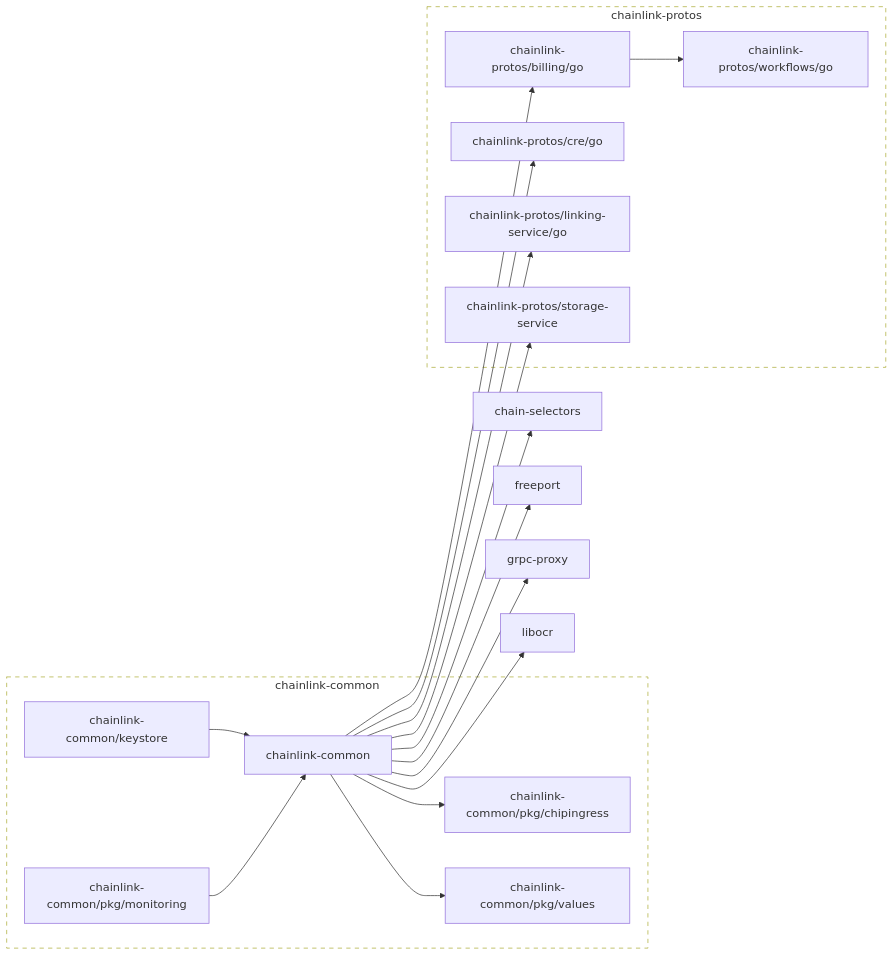
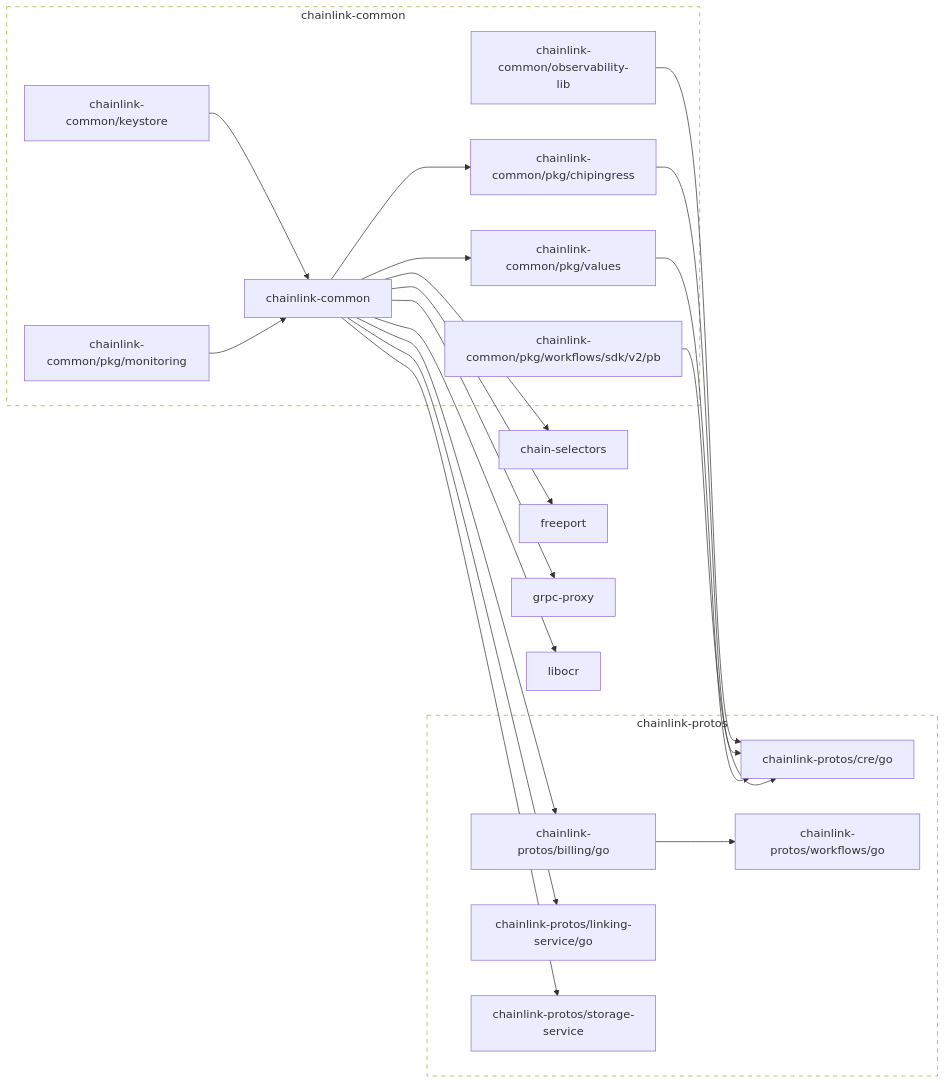
The diagram in go.md (smartcontractkit/chainlink-common), drawn with Mermaid before and after one commit. The commit also changed 13 other files, not shown here.

````diff
--- a/go.md
+++ b/go.md
@@ -2,62 +2,67 @@
 ```mermaid
 flowchart LR
 
 	chain-selectors
 	click chain-selectors href "https://github.com/smartcontractkit/chain-selectors"
 	chainlink-common --> chain-selectors
 	chainlink-common --> chainlink-common/pkg/chipingress
 	chainlink-common --> chainlink-common/pkg/values
 	chainlink-common --> chainlink-protos/billing/go
-	chainlink-common --> chainlink-protos/cre/go
 	chainlink-common --> chainlink-protos/linking-service/go
 	chainlink-common --> chainlink-protos/storage-service
 	chainlink-common --> freeport
 	chainlink-common --> grpc-proxy
 	chainlink-common --> libocr
 	click chainlink-common href "https://github.com/smartcontractkit/chainlink-common"
 	chainlink-common/keystore --> chainlink-common
 	click chainlink-common/keystore href "https://github.com/smartcontractkit/chainlink-common"
-	chainlink-common/pkg/chipingress
+	chainlink-common/observability-lib --> chainlink-protos/cre/go
+	click chainlink-common/observability-lib href "https://github.com/smartcontractkit/chainlink-common"
+	chainlink-common/pkg/chipingress --> chainlink-protos/cre/go
 	click chainlink-common/pkg/chipingress href "https://github.com/smartcontractkit/chainlink-common"
 	chainlink-common/pkg/monitoring --> chainlink-common
 	click chainlink-common/pkg/monitoring href "https://github.com/smartcontractkit/chainlink-common"
-	chainlink-common/pkg/values
+	chainlink-common/pkg/values --> chainlink-protos/cre/go
 	click chainlink-common/pkg/values href "https://github.com/smartcontractkit/chainlink-common"
+	chainlink-common/pkg/workflows/sdk/v2/pb --> chainlink-protos/cre/go
+	click chainlink-common/pkg/workflows/sdk/v2/pb href "https://github.com/smartcontractkit/chainlink-common"
 	chainlink-protos/billing/go --> chainlink-protos/workflows/go
 	click chainlink-protos/billing/go href "https://github.com/smartcontractkit/chainlink-protos"
 	chainlink-protos/cre/go
 	click chainlink-protos/cre/go href "https://github.com/smartcontractkit/chainlink-protos"
 	chainlink-protos/linking-service/go
 	click chainlink-protos/linking-service/go href "https://github.com/smartcontractkit/chainlink-protos"
 	chainlink-protos/storage-service
 	click chainlink-protos/storage-service href "https://github.com/smartcontractkit/chainlink-protos"
 	chainlink-protos/workflows/go
 	click chainlink-protos/workflows/go href "https://github.com/smartcontractkit/chainlink-protos"
 	freeport
 	click freeport href "https://github.com/smartcontractkit/freeport"
 	grpc-proxy
 	click grpc-proxy href "https://github.com/smartcontractkit/grpc-proxy"
 	libocr
 	click libocr href "https://github.com/smartcontractkit/libocr"
 
 	subgraph chainlink-common-repo[chainlink-common]
 		 chainlink-common
 		 chainlink-common/keystore
+		 chainlink-common/observability-lib
 		 chainlink-common/pkg/chipingress
 		 chainlink-common/pkg/monitoring
 		 chainlink-common/pkg/values
+		 chainlink-common/pkg/workflows/sdk/v2/pb
 	end
 	click chainlink-common-repo href "https://github.com/smartcontractkit/chainlink-common"
 
 	subgraph chainlink-protos-repo[chainlink-protos]
 		 chainlink-protos/billing/go
 		 chainlink-protos/cre/go
 		 chainlink-protos/linking-service/go
 		 chainlink-protos/storage-service
 		 chainlink-protos/workflows/go
 	end
 	click chainlink-protos-repo href "https://github.com/smartcontractkit/chainlink-protos"
 
 	classDef outline stroke-dasharray:6,fill:none;
 	class chainlink-common-repo,chainlink-protos-repo outline
 ```
````
